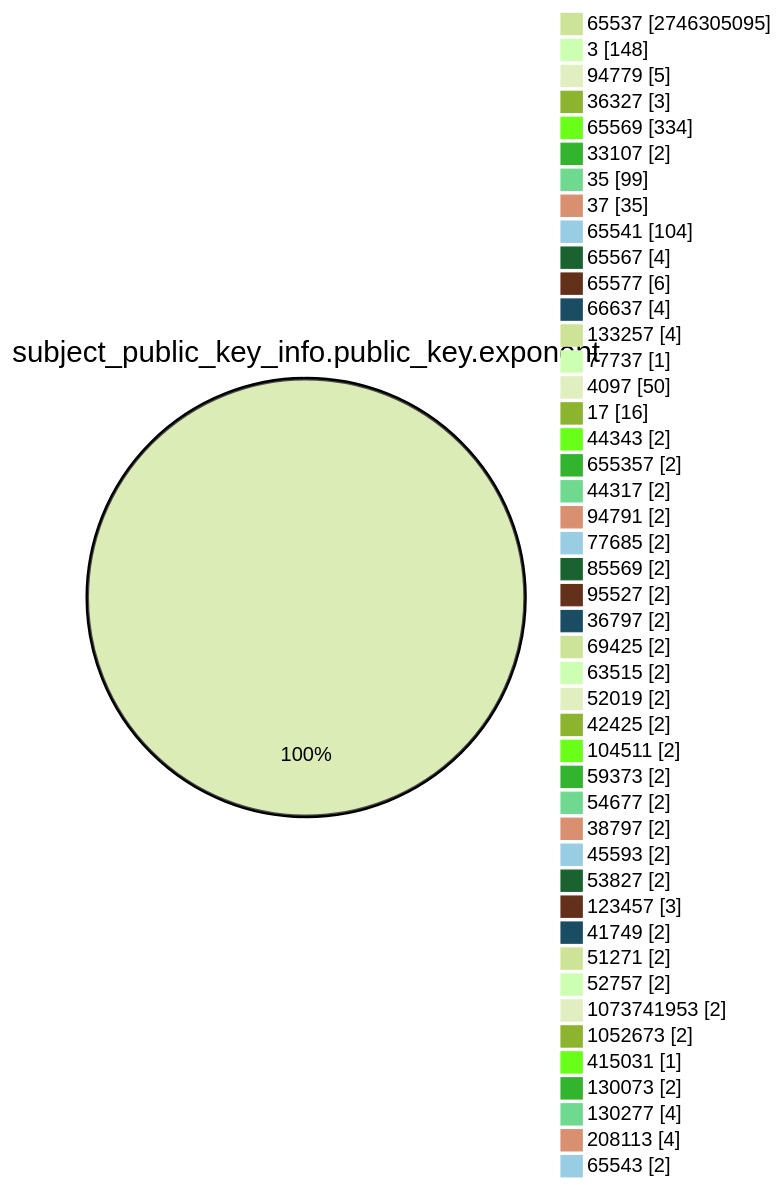
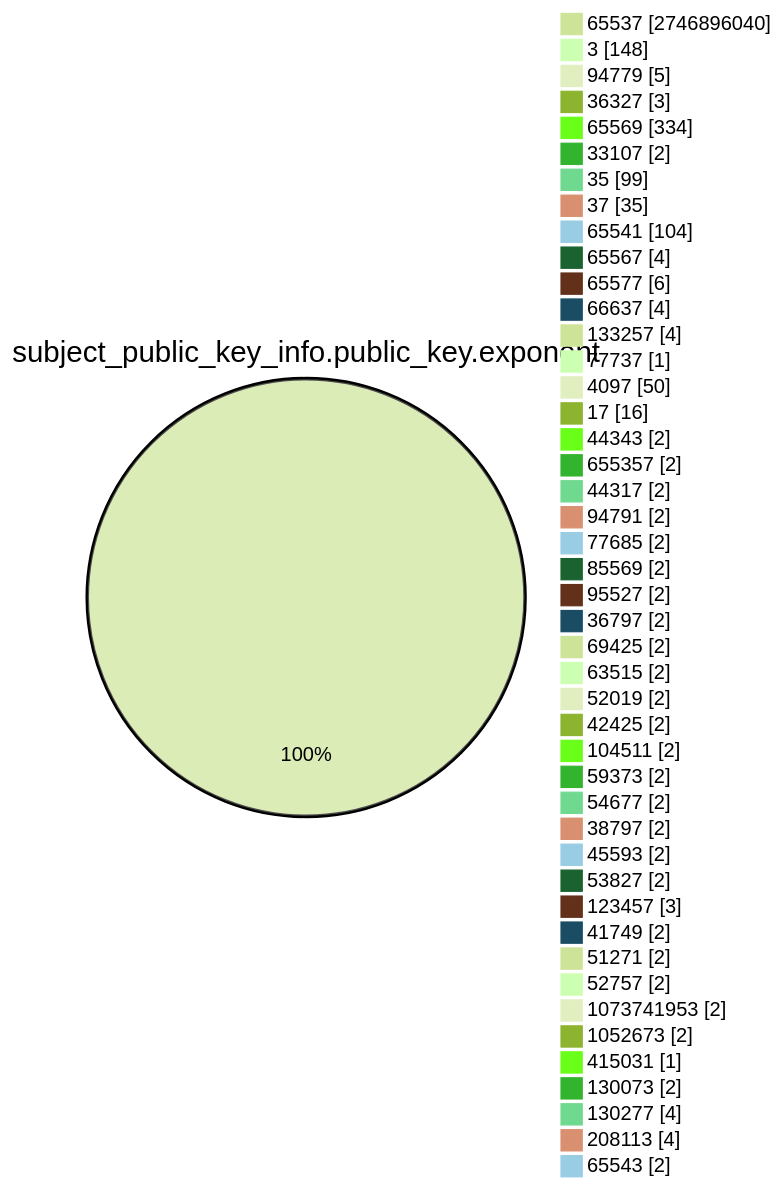
One commit to christiankrug/ctmonitor_visualization changed the fourth of 15 diagrams in TOTAL/README.md. Above: the diagram before and after it, drawn with Mermaid (forest theme). The commit also changed other lines of this file, not shown here.

````diff
--- a/TOTAL/README.md
+++ b/TOTAL/README.md
@@ -1467,49 +1467,49 @@
 ```mermaid
 pie showData
 title subject_public_key_info.public_key.exponent
-"65537" :2746305095
+"65537" :2746896040
 "3" :148
 "94779" :5
 "36327" :3
 "65569" :334
 "33107" :2
 "35" :99
 "37" :35
 "65541" :104
 "65567" :4
 "65577" :6
 "66637" :4
 "133257" :4
 "77737" :1
 "4097" :50
 "17" :16
 "44343" :2
 "655357" :2
 "44317" :2
 "94791" :2
 "77685" :2
 "85569" :2
 "95527" :2
 "36797" :2
 "69425" :2
 "63515" :2
 "52019" :2
 "42425" :2
 "104511" :2
 "59373" :2
 "54677" :2
 "38797" :2
 "45593" :2
 "53827" :2
 "123457" :3
 "41749" :2
 "51271" :2
 "52757" :2
 "1073741953" :2
 "1052673" :2
 "415031" :1
 "130073" :2
 "130277" :4
 "208113" :4
 "65543" :2
 ```
````
